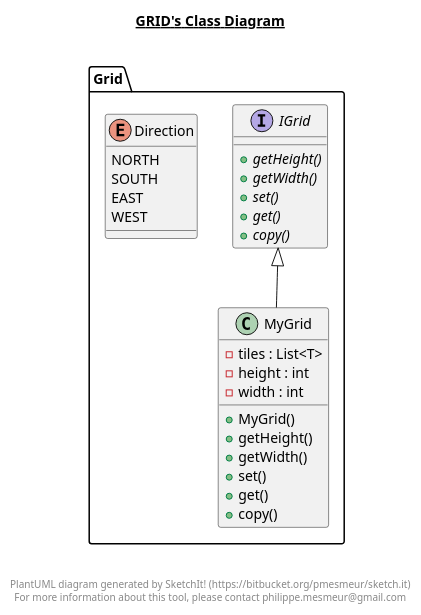
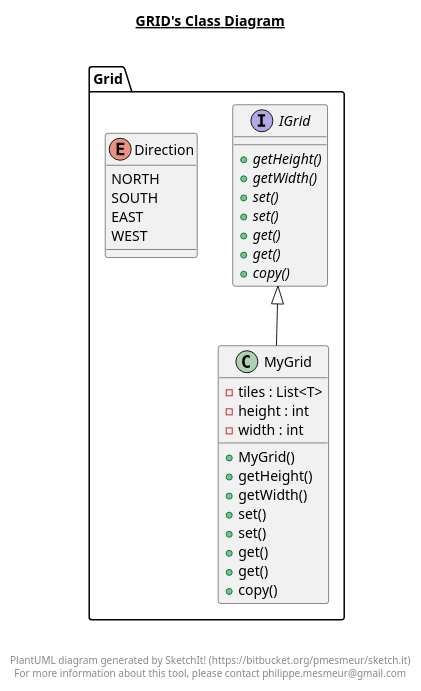
The diagram in src/main/java/Grid/Grid.plantuml (inf112-v19/Thebadguys), drawn with PlantUML before and after one commit. The commit also changed 24 other files, not shown here.

```diff
--- a/src/main/java/Grid/Grid.plantuml
+++ b/src/main/java/Grid/Grid.plantuml
@@ -1,51 +1,55 @@
 @startuml
 
 title __GRID's Class Diagram__\n
 
   package Grid {
     enum Direction {
       NORTH
       SOUTH
       EAST
       WEST
     }
   }
   
 
   package Grid {
     interface IGrid {
         {abstract} + getHeight()
         {abstract} + getWidth()
         {abstract} + set()
+        {abstract} + set()
+        {abstract} + get()
         {abstract} + get()
         {abstract} + copy()
     }
   }
   
 
   package Grid {
     class MyGrid {
         - tiles : List<T>
         - height : int
         - width : int
         + MyGrid()
         + getHeight()
         + getWidth()
         + set()
+        + set()
+        + get()
         + get()
         + copy()
     }
   }
   
 
   MyGrid -up-|> IGrid
 
 
 right footer
 
 
 PlantUML diagram generated by SketchIt! (https://bitbucket.org/pmesmeur/sketch.it)
 For more information about this tool, please contact philippe.mesmeur@gmail.com
 endfooter
 
 @enduml
```
